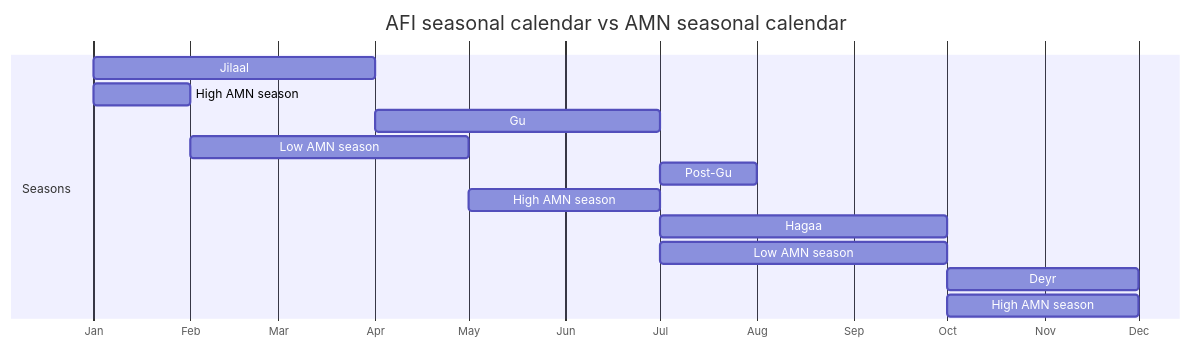
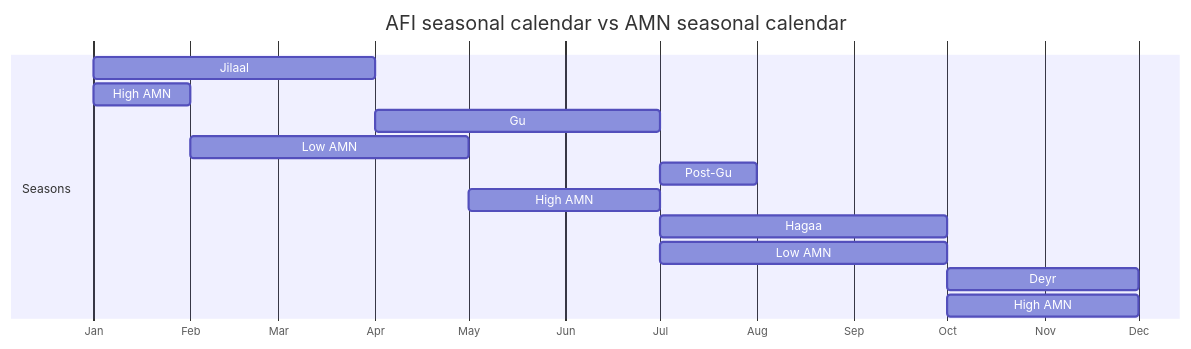
The sixth of 9 diagrams in presentation.qmd (nutimes/som-sam-admit), drawn with Mermaid before and after one commit. The commit also changed other lines of this file, not shown here.

````diff
--- a/presentation.qmd
+++ b/presentation.qmd
@@ -661,24 +637,23 @@
 ```{mermaid}
 %%| label: afi-amn-calendar-pastoral
-%%| fig-cap: "Source: adaptation based on this analysis findings"
 %%| fig-cap-location: bottom
 %%| fig-height: 4
 %%| fig-width: 13.7
 
 gantt
     title AFI seasonal calendar vs AMN seasonal calendar
     dateFormat M
     axisFormat %b
     todayMarker off
     section Seasons
-    Jilaal :afi1, 1, 4
-    High AMN season :amn1, 1, 2
-    Gu     :afi2, 4, 7
-    Low AMN season :amn2, 2, 5
-    Post-Gu:afi3, 7, 8
-    High AMN season :amn3, 5, 7
-    Hagaa  :afi4, 7, 10
-    Low AMN season :amn4, 7, 10
-    Deyr   :afi5, 10, 12
-    High AMN season : amn5, 10, 12
+        Jilaal :afi1, 1, 4
+        High AMN :amn1, 1, 2
+        Gu     :afi2, 4, 7
+        Low AMN :amn2, 2, 5
+        Post-Gu:afi3, 7, 8
+        High AMN :amn3, 5, 7
+        Hagaa  :afi4, 7, 10
+        Low AMN :amn4, 7, 10
+        Deyr   :afi5, 10, 12
+        High AMN : amn5, 10, 12
 ```
````
